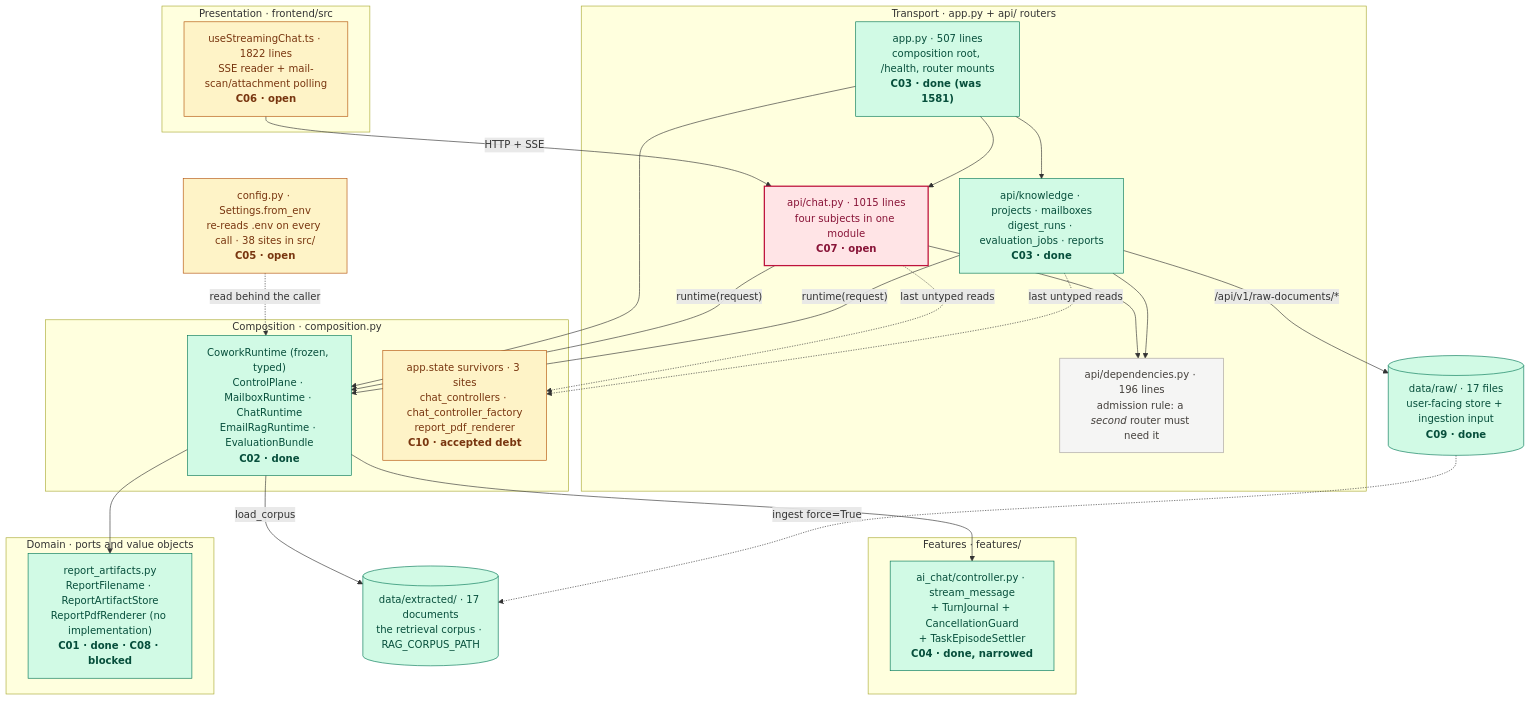
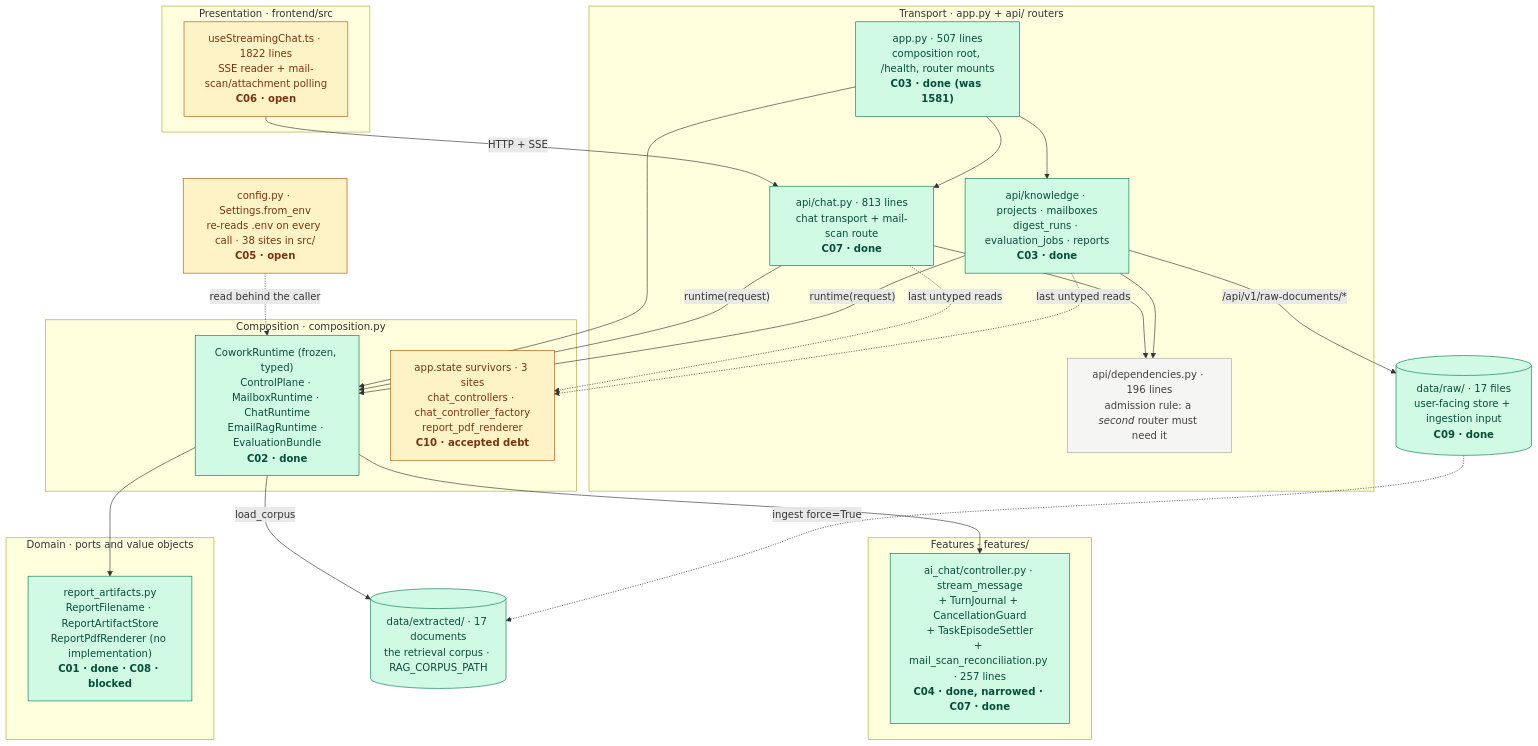
One commit to MathematicGuy/EMAIL-AGENT-v1 changed the first of 6 diagrams in tasks/specs/SPEC-architecture-improvement-program.md. Above: the diagram before and after it, drawn with Mermaid. The commit also changed other lines of this file and 7 other files, not shown here.

Commit message:
refactor(chat): move mail scan reconciliation below transport

````diff
--- a/tasks/specs/SPEC-architecture-improvement-program.md
+++ b/tasks/specs/SPEC-architecture-improvement-program.md
@@ -59,56 +59,55 @@
 ```mermaid
 flowchart TB
     subgraph PRESENTATION["Presentation · frontend/src"]
         HOOK["useStreamingChat.ts · 1822 lines<br/>SSE reader + mail-scan/attachment polling<br/><b>C06 · open</b>"]
     end
 
     subgraph TRANSPORT["Transport · app.py + api/ routers"]
         APP["app.py · 507 lines<br/>composition root, /health, router mounts<br/><b>C03 · done (was 1581)</b>"]
-        CHAT["api/chat.py · 1015 lines<br/>four subjects in one module<br/><b>C07 · open</b>"]
+        CHAT["api/chat.py · 813 lines<br/>chat transport + mail-scan route<br/><b>C07 · done</b>"]
         SIB["api/knowledge · projects · mailboxes<br/>digest_runs · evaluation_jobs · reports<br/><b>C03 · done</b>"]
         DEPS["api/dependencies.py · 196 lines<br/>admission rule: a <i>second</i> router must need it"]
     end
 
     subgraph COMPOSITION["Composition · composition.py"]
         RT["CoworkRuntime (frozen, typed)<br/>ControlPlane · MailboxRuntime · ChatRuntime<br/>EmailRagRuntime · EvaluationBundle<br/><b>C02 · done</b>"]
         SURV["app.state survivors · 3 sites<br/>chat_controllers · chat_controller_factory<br/>report_pdf_renderer<br/><b>C10 · accepted debt</b>"]
     end
 
     subgraph FEATURES["Features · features/"]
-        CTRL["ai_chat/controller.py · stream_message<br/>+ TurnJournal + CancellationGuard<br/>+ TaskEpisodeSettler<br/><b>C04 · done, narrowed</b>"]
+        CTRL["ai_chat/controller.py · stream_message<br/>+ TurnJournal + CancellationGuard<br/>+ TaskEpisodeSettler<br/>+ mail_scan_reconciliation.py · 257 lines<br/><b>C04 · done, narrowed · C07 · done</b>"]
     end
 
     subgraph DOMAIN["Domain · ports and value objects"]
         RA["report_artifacts.py<br/>ReportFilename · ReportArtifactStore<br/>ReportPdfRenderer (no implementation)<br/><b>C01 · done · C08 · blocked</b>"]
     end
 
     CFG["config.py · Settings.from_env<br/>re-reads .env on every call · 38 sites in src/<br/><b>C05 · open</b>"]
     CORPUS[("data/extracted/ · 17 documents<br/>the retrieval corpus · RAG_CORPUS_PATH")]
     RAWDIR[("data/raw/ · 17 files<br/>user-facing store + ingestion input<br/><b>C09 · done</b>")]
 
     HOOK -->|"HTTP + SSE"| CHAT
     APP --> CHAT
     APP --> SIB
     CHAT --> DEPS
     SIB --> DEPS
     APP --> RT
     CHAT -->|"runtime(request)"| RT
     SIB -->|"runtime(request)"| RT
     RT --> CTRL
     RT --> RA
     RT -->|"load_corpus"| CORPUS
     SIB -->|"/api/v1/raw-documents/*"| RAWDIR
     RAWDIR -. "ingest force=True" .-> CORPUS
     CHAT -. "last untyped reads" .-> SURV
     SIB -. "last untyped reads" .-> SURV
     CFG -. "read behind the caller" .-> RT
 
     classDef done fill:#d1fae5,stroke:#047857,color:#064e3b;
     classDef open fill:#fef3c7,stroke:#b45309,color:#78350f;
     classDef outlier fill:#ffe4e6,stroke:#be123c,color:#881337,stroke-width:2px;
     classDef plain fill:#f5f5f4,stroke:#a8a29e,color:#44403c;
-    class APP,SIB,RT,CTRL,RA,CORPUS,RAWDIR done;
+    class APP,CHAT,SIB,RT,CTRL,RA,CORPUS,RAWDIR done;
     class HOOK,CFG,SURV open;
-    class CHAT outlier;
     class DEPS plain;
 ```
````
